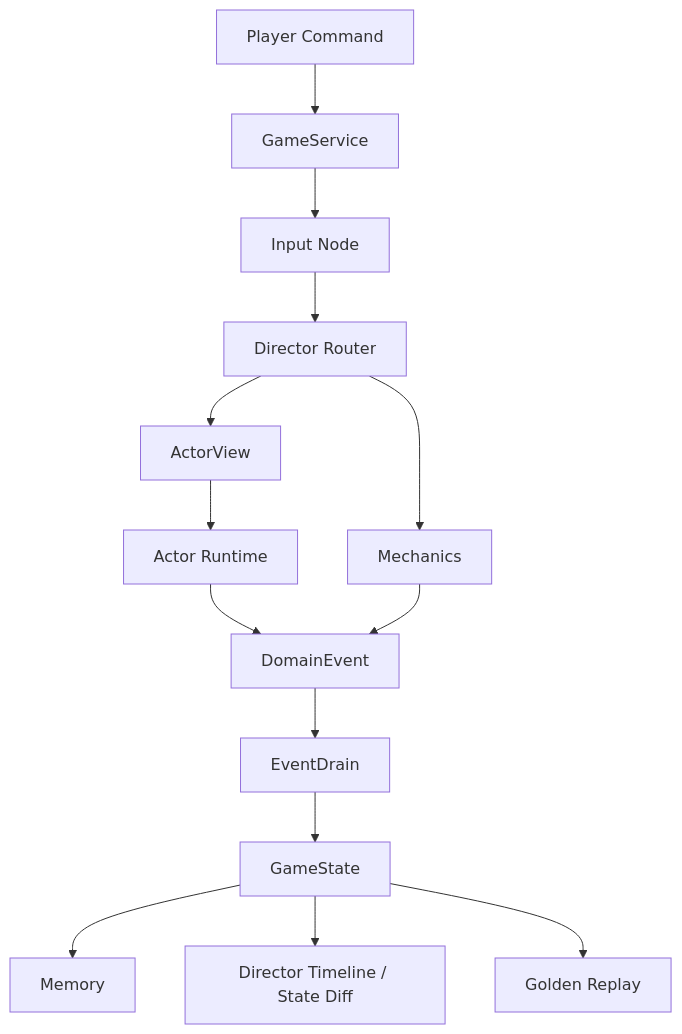
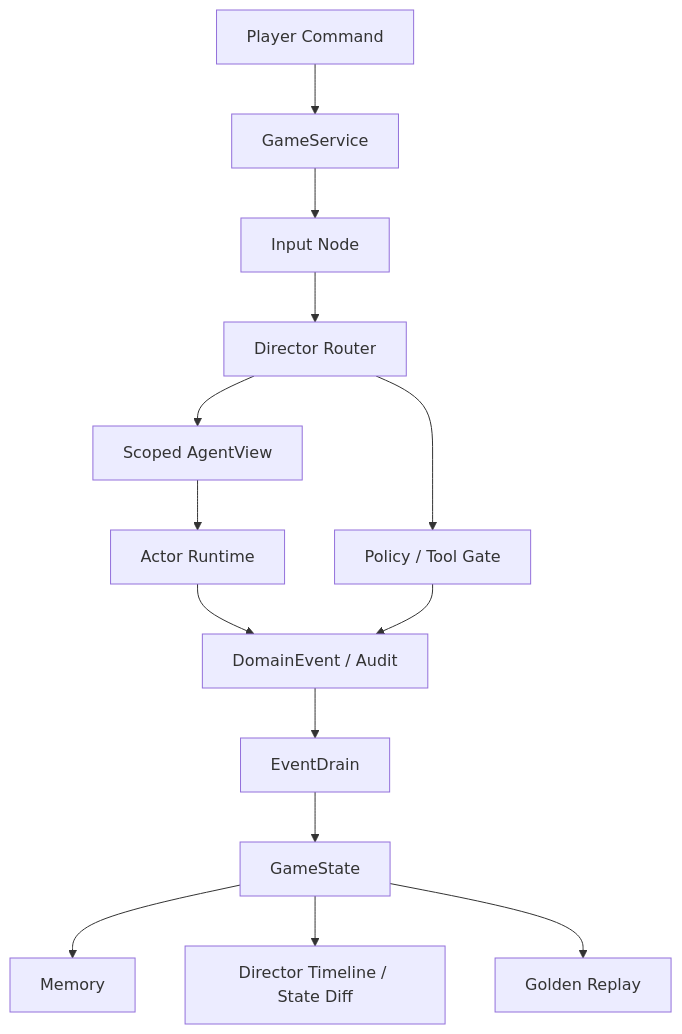
One commit to yukinorin775780/controlled-agent-runtime-ai-rd changed the diagram in docs/runtime-architecture.md. Above: the diagram before and after it, drawn with Mermaid. The commit also changed other lines of this file and 12 other files, not shown here.

````diff
--- a/docs/runtime-architecture.md
+++ b/docs/runtime-architecture.md
@@ -7,16 +7,16 @@
 ```mermaid
 flowchart TD
     Player["Player Command"] --> Service["GameService"]
     Service --> Input["Input Node"]
     Input --> Router["Director Router"]
-    Router --> ActorView["ActorView"]
-    Router --> Mechanics["Mechanics"]
+    Router --> ActorView["Scoped AgentView"]
+    Router --> Mechanics["Policy / Tool Gate"]
     ActorView --> ActorRuntime["Actor Runtime"]
     ActorRuntime --> Events["DomainEvent"]
-    Mechanics --> Events
+    Mechanics --> Events["DomainEvent / Audit"]
     Events --> EventDrain["EventDrain"]
     EventDrain --> State["GameState"]
     State --> Memory["Memory"]
     State --> UI["Director Timeline / State Diff"]
     State --> Eval["Golden Replay"]
 ```
````
